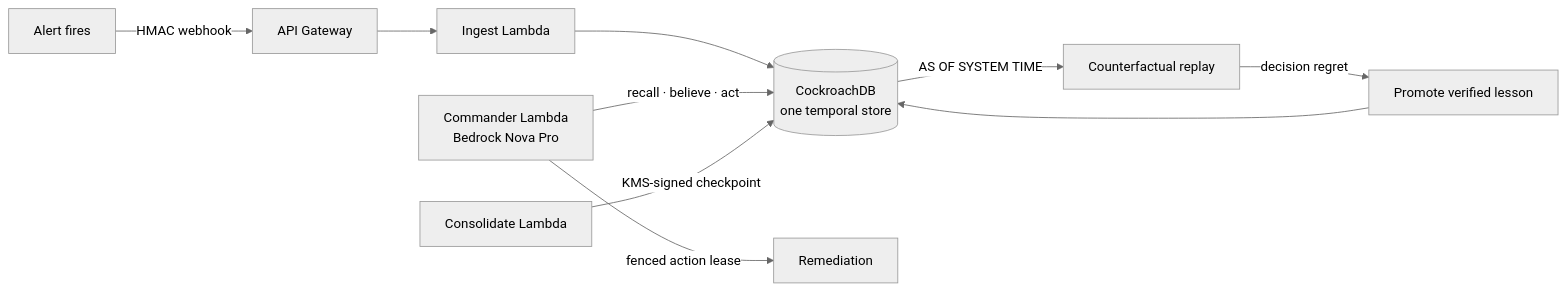
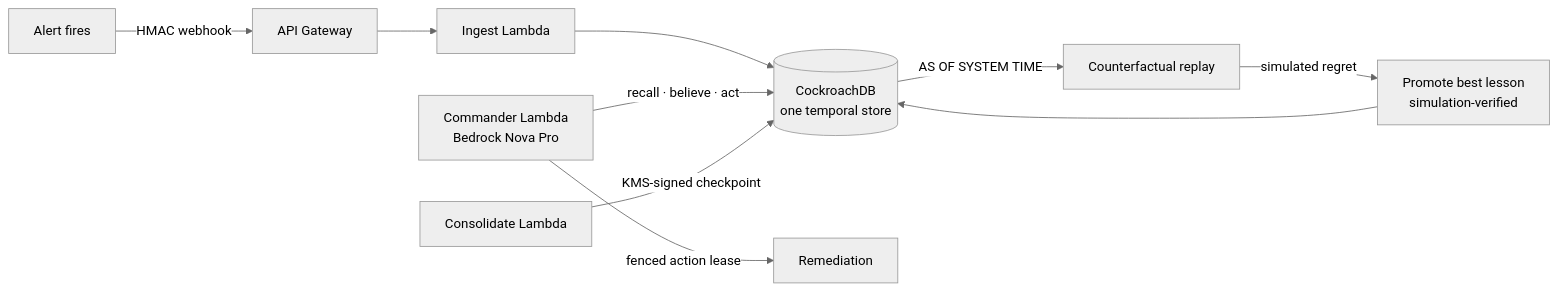
Before and after one commit to umarhashmi2002/backcast: the first of 7 diagrams in README.md, drawn with Mermaid (neutral theme). The commit also changed other lines of this file and 12 other files, not shown here.

````diff
--- a/README.md
+++ b/README.md
@@ -54,12 +54,12 @@
 ```mermaid
 graph LR
     Alert[Alert fires] -->|HMAC webhook| GW[API Gateway]
     GW --> Ing[Ingest Lambda]
     Ing --> DB[(CockroachDB<br/>one temporal store)]
     Cmd[Commander Lambda<br/>Bedrock Nova Pro] -->|recall · believe · act| DB
     Cmd -->|fenced action lease| Act[Remediation]
     DB -->|AS OF SYSTEM TIME| CF[Counterfactual replay]
-    CF -->|decision regret| Learn[Promote verified lesson]
+    CF -->|simulated regret| Learn[Promote best lesson<br/>simulation-verified]
     Learn --> DB
     Con[Consolidate Lambda] -->|KMS-signed checkpoint| DB
 ```
````
